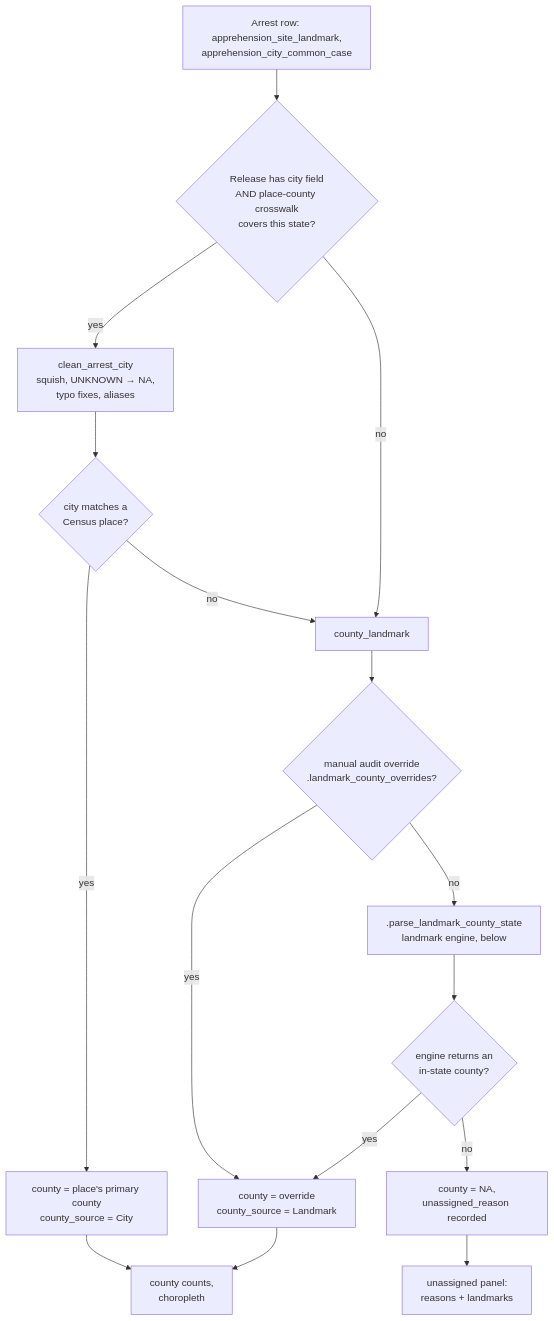
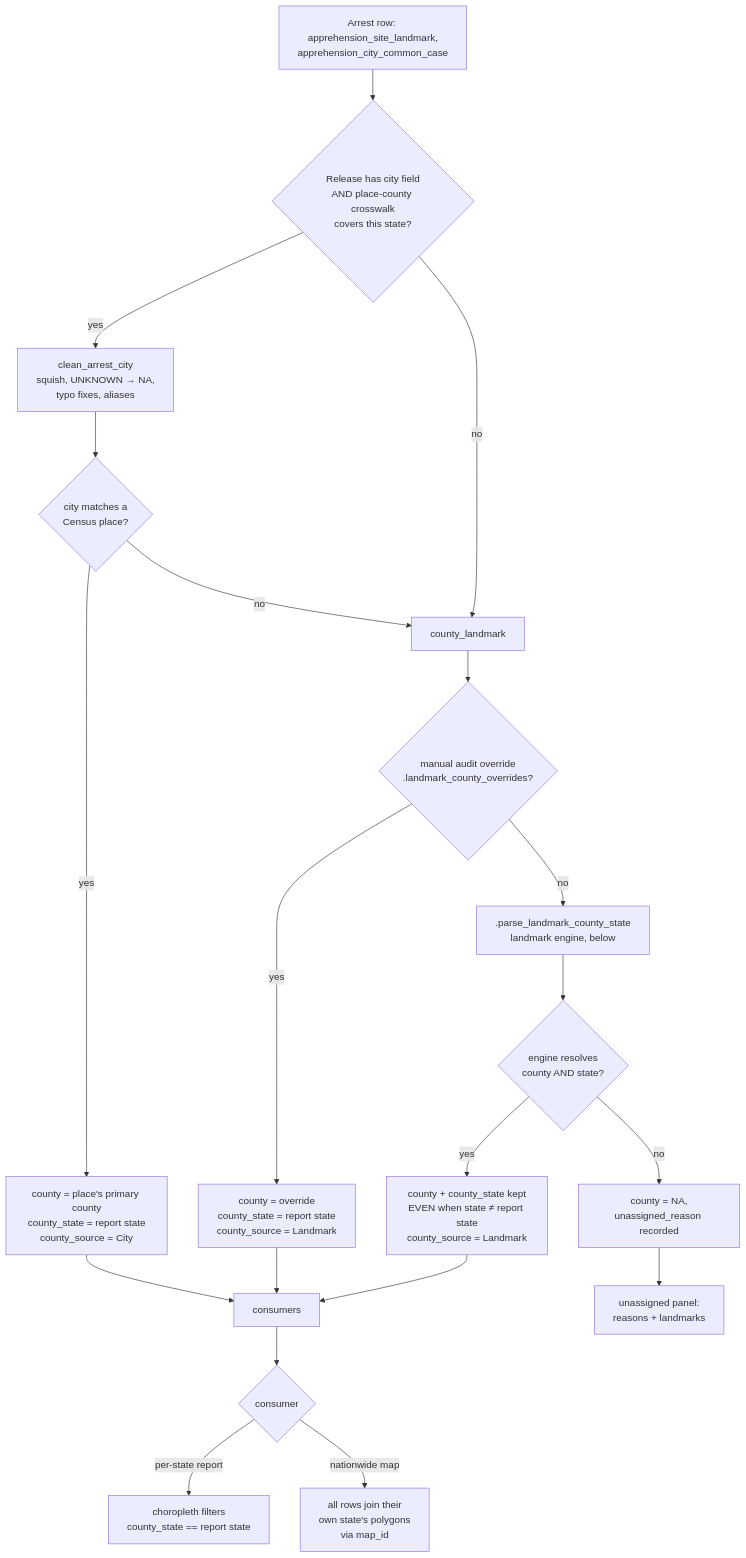
One commit to CarwilB/ice-detention changed the first of 2 diagrams in state-arrests-locations.md. Above: the diagram before and after it, drawn with Mermaid. The commit also changed other lines of this file and 16 other files, not shown here.

````diff
--- a/state-arrests-locations.md
+++ b/state-arrests-locations.md
@@ -16,18 +16,22 @@
 ``` mermaid
 flowchart TD
     A[Arrest row: apprehension_site_landmark,<br>apprehension_city_common_case] --> B{Release has city field<br>AND place-county crosswalk<br>covers this state?}
     B -- yes --> C[clean_arrest_city<br>squish, UNKNOWN → NA,<br>typo fixes, aliases]
     C --> D{city matches a<br>Census place?}
-    D -- yes --> E[county = place's primary county<br>county_source = City]
+    D -- yes --> E[county = place's primary county<br>county_state = report state<br>county_source = City]
     D -- no --> F[county_landmark]
     B -- no --> F
     F --> G{manual audit override<br>.landmark_county_overrides?}
-    G -- yes --> H[county = override<br>county_source = Landmark]
+    G -- yes --> H[county = override<br>county_state = report state<br>county_source = Landmark]
     G -- no --> I[.parse_landmark_county_state<br>landmark engine, below]
-    I --> J{engine returns an<br>in-state county?}
-    J -- yes --> H
+    I --> J{engine resolves<br>county AND state?}
+    J -- yes --> H2[county + county_state kept<br>EVEN when state ≠ report state<br>county_source = Landmark]
     J -- no --> K[county = NA,<br>unassigned_reason recorded]
-    E --> L[county counts,<br>choropleth]
+    E --> L[consumers]
     H --> L
+    H2 --> L
     K --> M[unassigned panel:<br>reasons + landmarks]
+    L --> N{consumer}
+    N -- per-state report --> O[choropleth filters<br>county_state == report state]
+    N -- nationwide map --> P[all rows join their<br>own state's polygons<br>via map_id]
 ```
````
